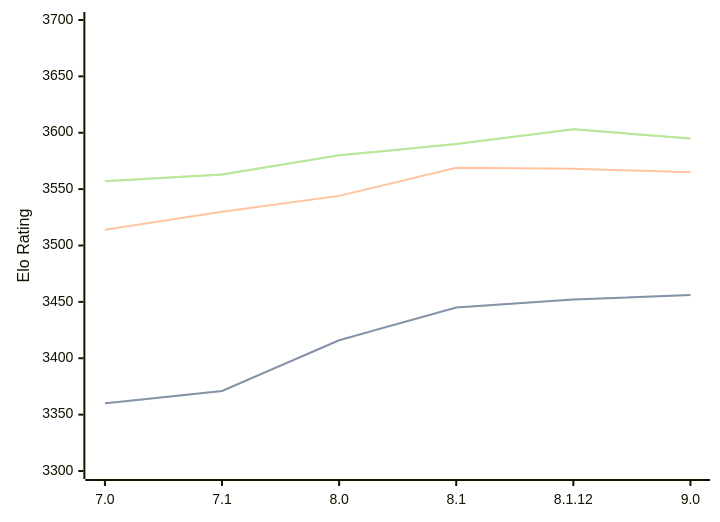
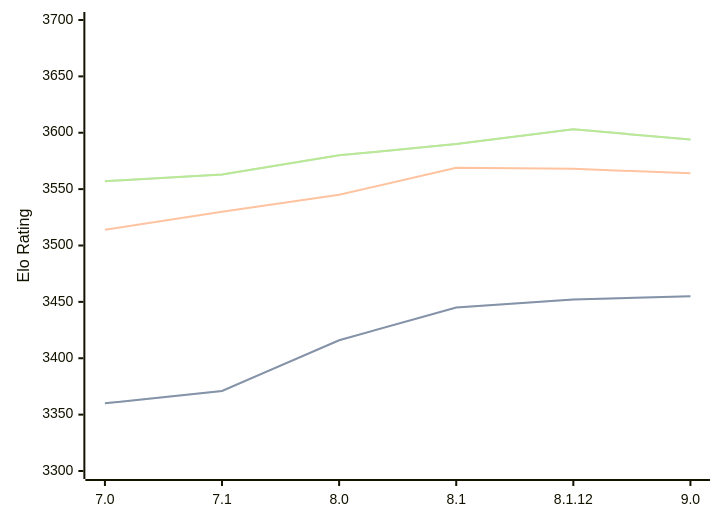
The diagram in engines/Alexandria.md (computer-chess-index/cci), drawn with Mermaid before and after one commit. The commit also changed other lines of this file, not shown here.

Commit message:
Update CCI Ratings (ELO VLTC) - 2026-03-21

````diff
--- a/engines/Alexandria.md
+++ b/engines/Alexandria.md
@@ -55,11 +55,11 @@
 ```mermaid
 %%{init: {"theme":"base","themeVariables":{"seriesColors:['#a3a3a3','#222221','#faa371']}}}%%
 xychart-beta
   x-axis ["7.0", "7.1", "8.0", "8.1", "8.1.12", "9.0"]
   y-axis "Elo Rating" 3300 --> 3700
-  line "STC (8.0+0.08s)" [3360, 3371, 3416, 3445, 3452, 3456]
-  line "STC (8.0+0.08s)" [3360, 3371, 3416, 3445, 3452, 3456]
-  line "LTC (60.0+0.60s)" [3514, 3530, 3544, 3569, 3568, 3565]
-  line "VLTC (2m24s+1.12s)" [3557, 3563, 3580, 3590, 3603, 3595]
-  line "VLTC (2m24s+1.12s)" [3557, 3563, 3580, 3590, 3603, 3595]
+  line "STC (8.0+0.08s)" [3360, 3371, 3416, 3445, 3452, 3455]
+  line "STC (8.0+0.08s)" [3360, 3371, 3416, 3445, 3452, 3455]
+  line "LTC (60.0+0.60s)" [3514, 3530, 3545, 3569, 3568, 3564]
+  line "VLTC (2m24s+1.12s)" [3557, 3563, 3580, 3590, 3603, 3594]
+  line "VLTC (2m24s+1.12s)" [3557, 3563, 3580, 3590, 3603, 3594]
 ```
````
